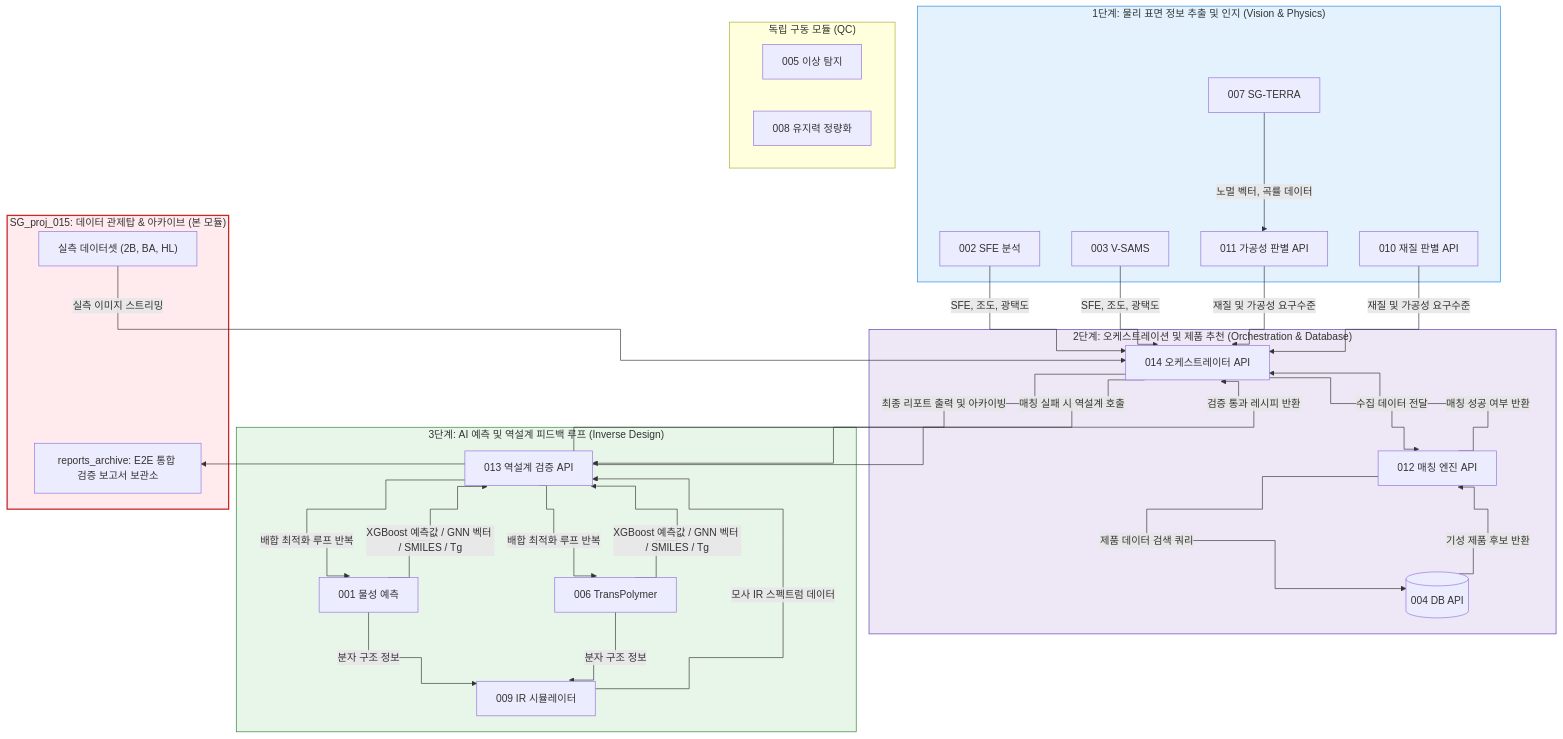
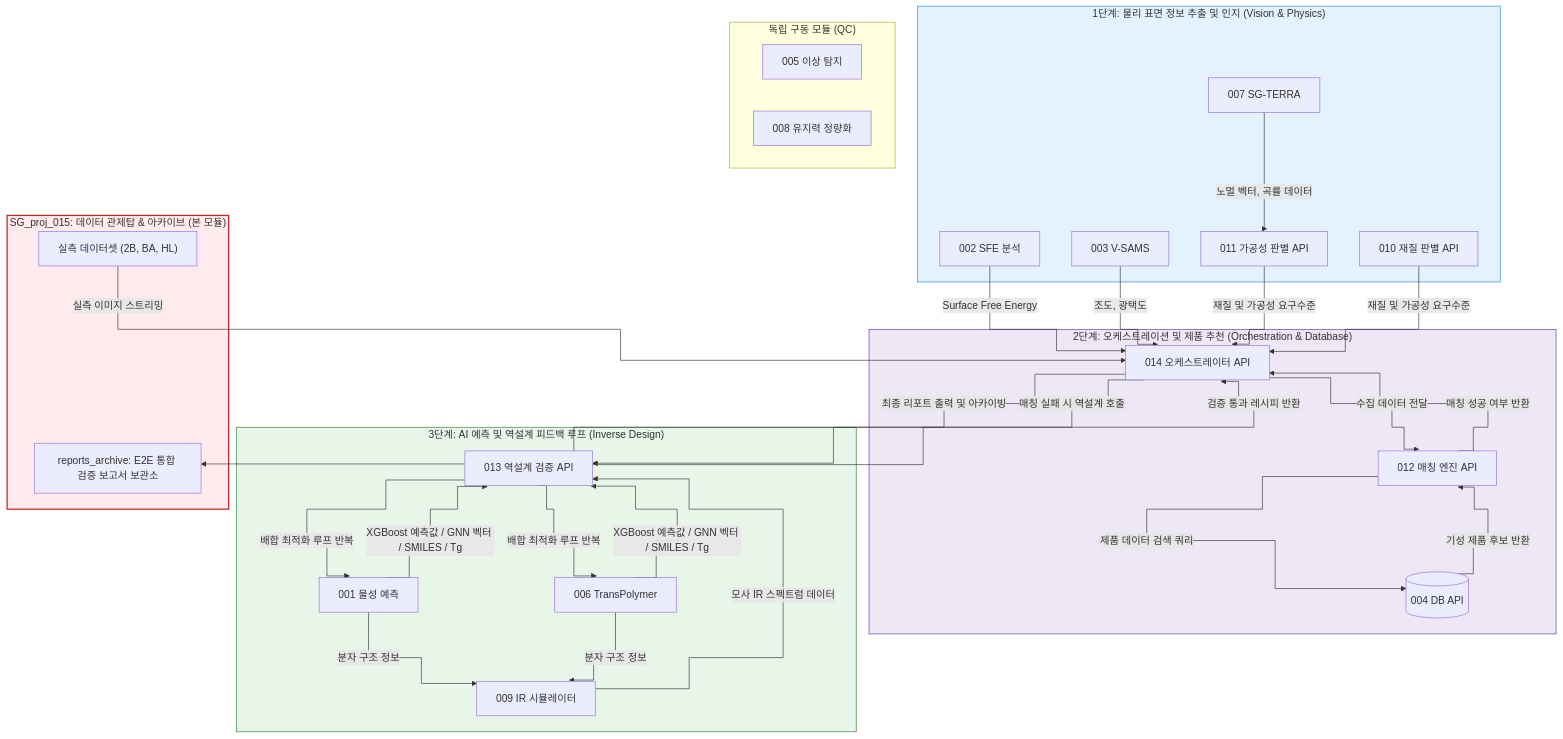
The diagram in README.md (HyunchanAn/SG_proj_015), drawn with Mermaid before and after one commit. The commit also changed other lines of this file, not shown here.

````diff
--- a/README.md
+++ b/README.md
@@ -9,71 +9,71 @@
 ```mermaid
 %%{init: {'flowchart': {'curve': 'step'}}}%%
 flowchart TD
     %% 1단계 비전 및 물리
     subgraph STEP1 ["1단계: 물리 표면 정보 추출 및 인지 (Vision & Physics)"]
         002["002 SFE 분석"]
         003["003 V-SAMS"]
         007["007 SG-TERRA"]
         010["010 재질 판별 API"]
         011["011 가공성 판별 API"]
     end
 
     %% 2단계 오케스트레이션 및 데이터베이스
     subgraph STEP2 ["2단계: 오케스트레이션 및 제품 추천 (Orchestration & Database)"]
         014["014 오케스트레이터 API"]
         012["012 매칭 엔진 API"]
         004[("004 DB API")]
     end
 
     %% 3단계 AI 예측 및 역설계 피드백 루프
     subgraph STEP3 ["3단계: AI 예측 및 역설계 피드백 루프 (Inverse Design)"]
         013["013 역설계 검증 API"]
         001["001 물성 예측"]
         006["006 TransPolymer"]
         009["009 IR 시뮬레이터"]
     end
 
     %% 독립 구동 모듈
     subgraph INDEPENDENT ["독립 구동 모듈 (QC)"]
         005["005 이상 탐지"]
         008["008 유지력 정량화"]
     end
 
     %% 015 데이터 관제탑 (이 프로젝트)
     subgraph HUB ["SG_proj_015: 데이터 관제탑 & 아카이브 (본 모듈)"]
         IMG["실측 데이터셋 (2B, BA, HL)"]
         REP["reports_archive: E2E 통합 검증 보고서 보관소"]
     end
 
     %% 1단계 -> 2단계 데이터 연동
     IMG -->|실측 이미지 스트리밍| 014
-    002 -->|SFE, 조도, 광택도| 014
-    003 -->|SFE, 조도, 광택도| 014
+    002 -->|Surface Free Energy| 014
+    003 -->|조도, 광택도| 014
     007 -->|노멀 벡터, 곡률 데이터| 011
     011 -->|재질 및 가공성 요구수준| 014
     010 -->|재질 및 가공성 요구수준| 014
 
     %% 2단계 내부 오케스트레이션 및 DB 쿼리
     014 -->|수집 데이터 전달| 012
     012 -->|제품 데이터 검색 쿼리| 004
     004 -->|기성 제품 후보 반환| 012
     012 -->|매칭 성공 여부 반환| 014
 
     %% 2단계 -> 3단계 역설계 피드백 연쇄
     014 -->|매칭 실패 시 역설계 호출| 013
     
     %% 3단계 내부 피드백 루프
     013 -->|배합 최적화 루프 반복| 001 & 006
     001 & 006 -->|XGBoost 예측값 / GNN 벡터 / SMILES / Tg| 013
     001 & 006 -->|분자 구조 정보| 009
     009 -->|모사 IR 스펙트럼 데이터| 013
 
     %% 3단계 -> 2단계 최종 출력 및 리포팅
     013 -->|검증 통과 레시피 반환| 014
     014 -->|최종 리포트 출력 및 아카이빙| REP
 
     style HUB fill:#ffebee,stroke:#c62828,stroke-width:2px
     style STEP1 fill:#e3f2fd,stroke:#1e88e5,stroke-width:1px
     style STEP2 fill:#ede7f6,stroke:#5e35b1,stroke-width:1px
     style STEP3 fill:#e8f5e9,stroke:#2e7d32,stroke-width:1px
 ```
````
